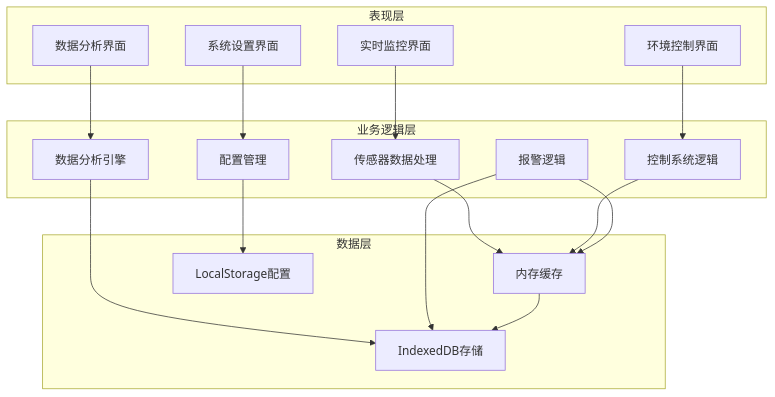
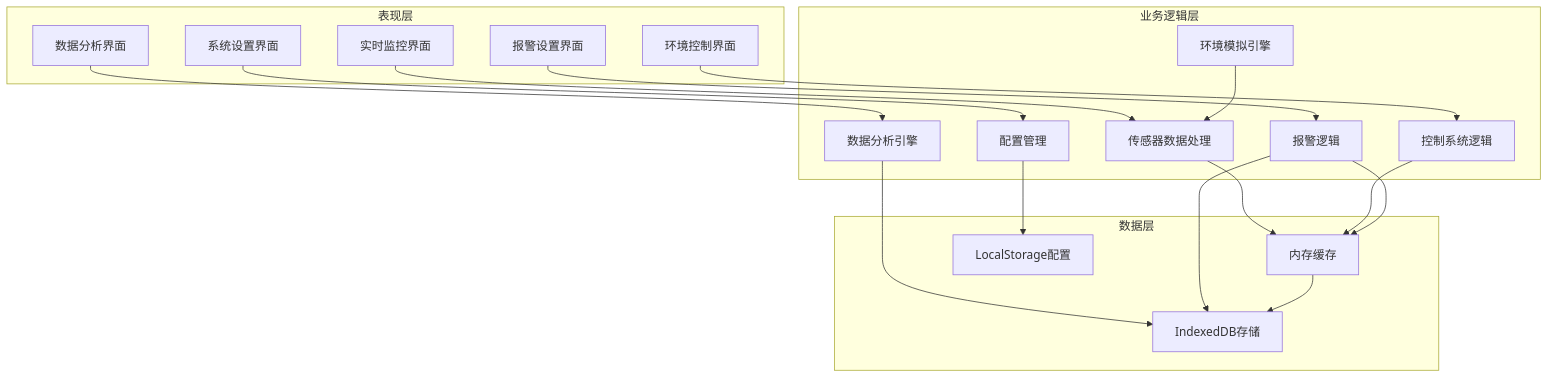
One commit to GrooveWJH/IntelliAgriculture changed the second of 5 diagrams in docs/overview/system-overview.md. Above: the diagram before and after it, drawn with Mermaid. The commit also changed other lines of this file and 42 other files, not shown here.

````diff
--- a/docs/overview/system-overview.md
+++ b/docs/overview/system-overview.md
@@ -97,37 +99,41 @@
 ```mermaid
 flowchart TD
     subgraph "表现层"
         UI1[实时监控界面]
         UI2[环境控制界面]
         UI3[数据分析界面]
         UI4[系统设置界面]
+        UI5[报警设置界面]
     end
   
     subgraph "业务逻辑层"
         BL1[传感器数据处理]
         BL2[控制系统逻辑]
         BL3[数据分析引擎]
         BL4[配置管理]
         BL5[报警逻辑]
+        BL6[环境模拟引擎]
     end
   
     subgraph "数据层"
         DL1[内存缓存]
         DL2[IndexedDB存储]
         DL3[LocalStorage配置]
     end
   
     UI1 --> BL1
     UI2 --> BL2
     UI3 --> BL3
     UI4 --> BL4
+    UI5 --> BL5
   
     BL1 --> DL1
     BL2 --> DL1
     BL3 --> DL2
     BL4 --> DL3
     BL5 --> DL1
     BL5 --> DL2
+    BL6 --> BL1
   
     DL1 --> DL2
 ```
````
